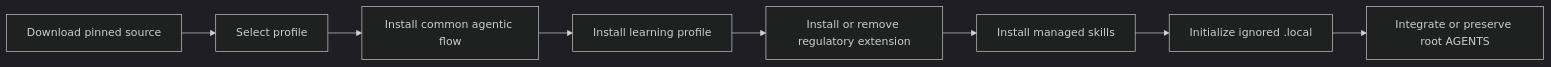
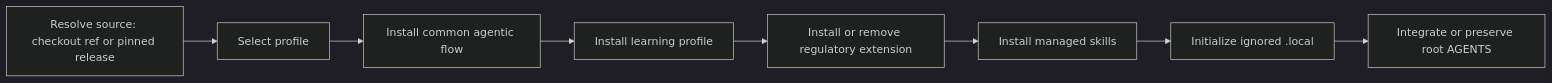
The first of 2 diagrams in scripts/README.md (legrab/codebase-learning-flow), drawn with Mermaid (dark theme) before and after one commit. The commit also changed other lines of this file and 10 other files, not shown here.

````diff
--- a/scripts/README.md
+++ b/scripts/README.md
@@ -13,10 +16,10 @@
 ```mermaid
 flowchart LR
-    D[Download pinned source] --> P[Select profile]
+    D[Resolve source: checkout ref or pinned release] --> P[Select profile]
     P --> C[Install common agentic flow]
     C --> L[Install learning profile]
     L --> Ext[Install or remove regulatory extension]
     Ext --> S[Install managed skills]
     S --> X[Initialize ignored .local]
     X --> R[Integrate or preserve root AGENTS]
 ```
````
